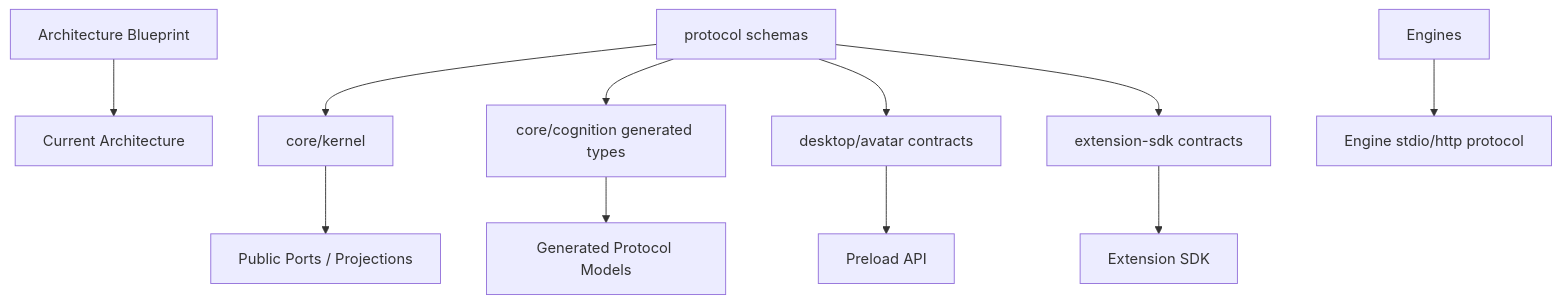
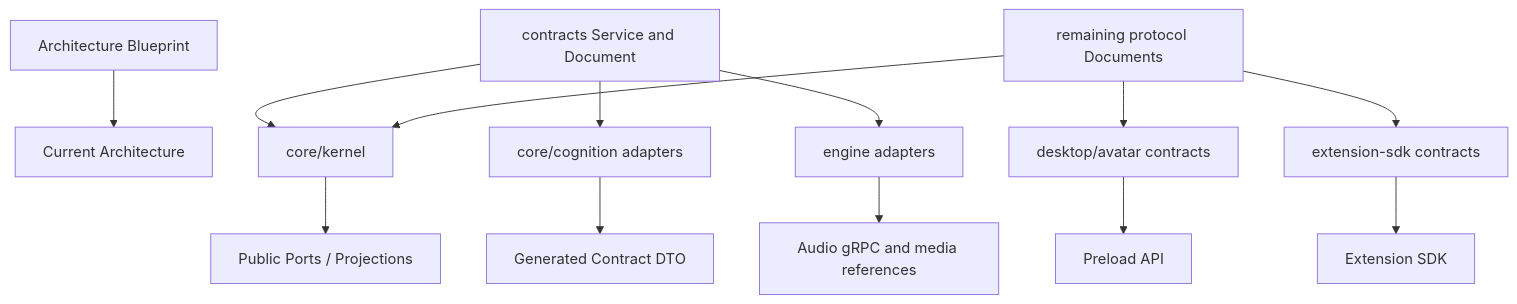
The diagram in docs/architecture/current/04-构件、分层与依赖.md (lociere/glimmer-cradle), drawn with Mermaid before and after one commit. The commit also changed other lines of this file and 37 other files, not shown here.

Commit message:
refactor(m12-slice8): 接入 Audio Engine gRPC 媒体主线

````diff
--- a/docs/architecture/current/04-构件、分层与依赖.md
+++ b/docs/architecture/current/04-构件、分层与依赖.md
@@ -26,13 +26,15 @@
 ```mermaid
 flowchart TD
   Blueprint[Architecture Blueprint] --> Current[Current Architecture]
-  Protocol[protocol schemas] --> Kernel[core/kernel]
-  Protocol --> Cognition[core/cognition generated types]
+  Contracts[contracts Service and Document] --> Kernel[core/kernel]
+  Contracts --> Cognition[core/cognition adapters]
+  Contracts --> Engines[engine adapters]
+  Protocol[remaining protocol Documents] --> Kernel
   Protocol --> Renderer[desktop/avatar contracts]
   Protocol --> Extensions[extension-sdk contracts]
   Kernel --> Ports[Public Ports / Projections]
-  Cognition --> Generated[Generated Protocol Models]
+  Cognition --> Generated[Generated Contract DTO]
   Renderer --> Preload[Preload API]
   Extensions --> SDK[Extension SDK]
-  Engines --> EngineProtocol[Engine stdio/http protocol]
+  Engines --> EngineProtocol[Audio gRPC and media references]
 ```
````
